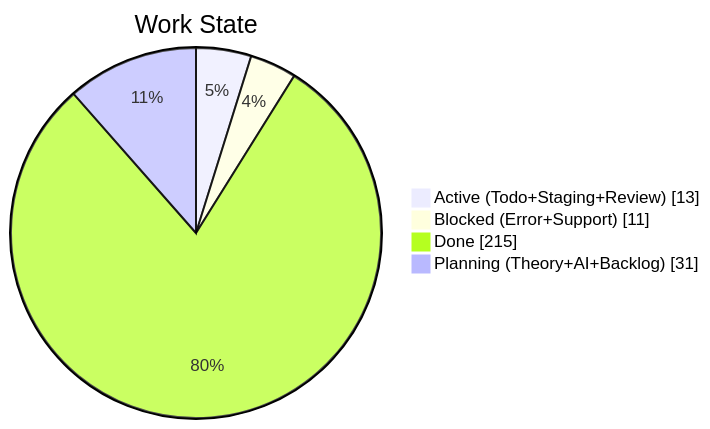
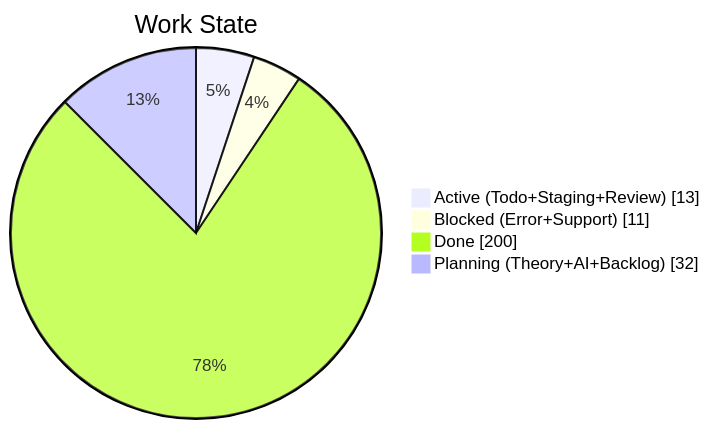
The second of 4 diagrams in apps/kbve/astro-kbve/src/content/docs/dashboard/kanban-data.mdx (KBVE/kbve), drawn with Mermaid before and after one commit. The commit also changed other lines of this file and 8 other files, not shown here.

````diff
--- a/apps/kbve/astro-kbve/src/content/docs/dashboard/kanban-data.mdx
+++ b/apps/kbve/astro-kbve/src/content/docs/dashboard/kanban-data.mdx
@@ -68,8 +68,8 @@
 ```mermaid
 pie showData
     title Work State
     "Active (Todo+Staging+Review)" : 13
     "Blocked (Error+Support)" : 11
-    "Done" : 215
-    "Planning (Theory+AI+Backlog)" : 31
+    "Done" : 200
+    "Planning (Theory+AI+Backlog)" : 32
 ```
````
